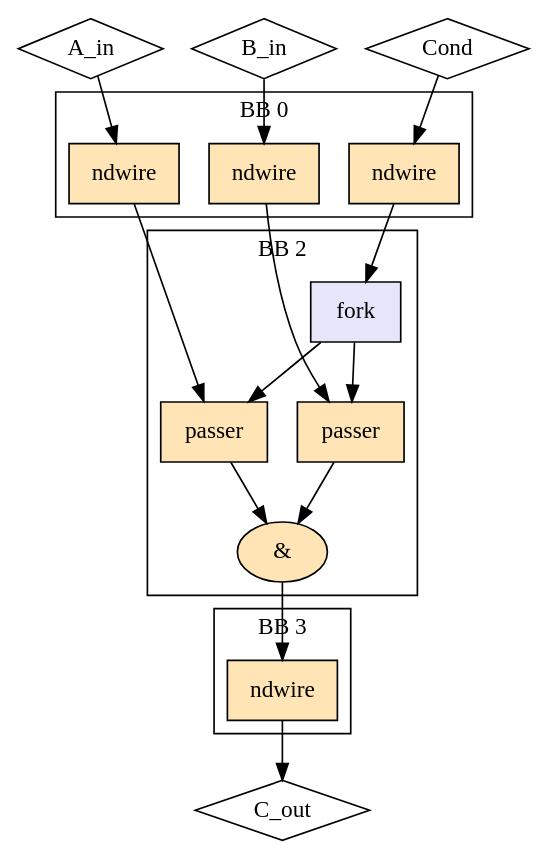
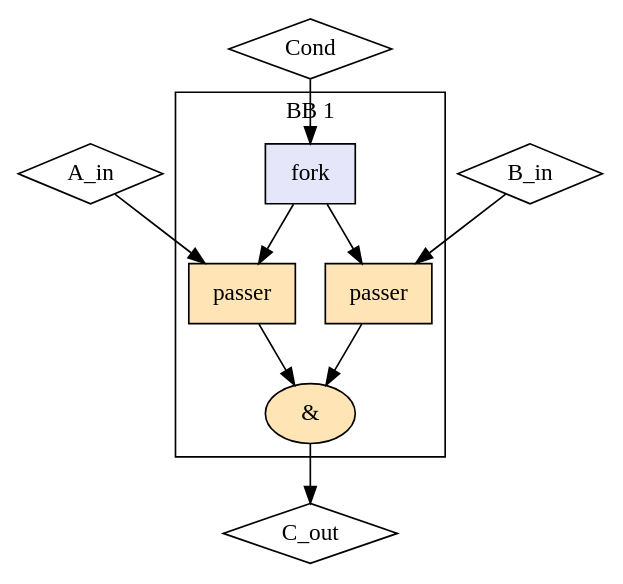
The diagram in experimental/tools/elastic-miter/out/sup_and/lhs_reachability/model.dot (EPFL-LAP/dynamatic), drawn with Graphviz before and after one commit. The commit also changed 932 other files, not shown here.

```diff
--- a/experimental/tools/elastic-miter/out/sup_and/lhs_reachability/model.dot
+++ b/experimental/tools/elastic-miter/out/sup_and/lhs_reachability/model.dot
@@ -1,37 +1,23 @@
 Digraph G {
   splines=spline
   compound=true
   "A_in" ["style"="solid", "shape"="diamond", "label"="A_in", "mlir_op"="handshake.func"]
   "B_in" ["style"="solid", "shape"="diamond", "label"="B_in", "mlir_op"="handshake.func"]
   "Cond" ["style"="solid", "shape"="diamond", "label"="Cond", "mlir_op"="handshake.func"]
   "C_out" ["style"="solid", "shape"="diamond", "label"="C_out", "mlir_op"="handshake.func"]
-  "A_in" -> "ndw_in_A_in" ["dir"="both", "style"="solid", "arrowhead"="normal", "from_idx"="0", "to"="ins", "arrowtail"="none", "from"="A_in", "to_idx"="0"]
-  "B_in" -> "ndw_in_B_in" ["dir"="both", "style"="solid", "arrowhead"="normal", "from_idx"="1", "to"="ins", "arrowtail"="none", "from"="B_in", "to_idx"="0"]
-  "Cond" -> "ndw_in_Cond" ["dir"="both", "style"="solid", "arrowhead"="normal", "from_idx"="2", "to"="ins", "arrowtail"="none", "from"="Cond", "to_idx"="0"]
-  "ndw_in_A_in" -> "passer1" ["dir"="both", "style"="solid", "arrowhead"="normal", "from_idx"="0", "to"="data", "arrowtail"="none", "from"="outs", "to_idx"="0"]
-  "ndw_in_B_in" -> "passer2" ["dir"="both", "style"="solid", "arrowhead"="normal", "from_idx"="0", "to"="data", "arrowtail"="none", "from"="outs", "to_idx"="0"]
-  "ndw_in_Cond" -> "fork_cond" ["dir"="both", "style"="solid", "arrowhead"="normal", "from_idx"="0", "to"="ins", "arrowtail"="none", "from"="outs", "to_idx"="0"]
-  "ndw_out_C_out" -> "C_out" ["dir"="both", "style"="solid", "arrowhead"="normal", "from_idx"="0", "to"="C_out", "arrowtail"="none", "from"="outs", "to_idx"="0"]
-  "andi" -> "ndw_out_C_out" ["dir"="both", "style"="solid", "arrowhead"="normal", "from_idx"="0", "to"="ins", "arrowtail"="none", "from"="result", "to_idx"="0"]
-  subgraph cluster0 {
-    graph ["label"="BB 0"]
-    "ndw_in_A_in" ["style"="filled", "fillcolor"="moccasin", "shape"="box", "label"="ndwire", "mlir_op"="handshake.ndwire"]
-    "ndw_in_B_in" ["style"="filled", "fillcolor"="moccasin", "shape"="box", "label"="ndwire", "mlir_op"="handshake.ndwire"]
-    "ndw_in_Cond" ["style"="filled", "fillcolor"="moccasin", "shape"="box", "label"="ndwire", "mlir_op"="handshake.ndwire"]
-  }
-  subgraph cluster3 {
-    graph ["label"="BB 3"]
-    "ndw_out_C_out" ["style"="filled", "fillcolor"="moccasin", "shape"="box", "label"="ndwire", "mlir_op"="handshake.ndwire"]
-  }
-  subgraph cluster2 {
-    graph ["label"="BB 2"]
+  "A_in" -> "passer1" ["dir"="both", "style"="solid", "arrowhead"="normal", "from_idx"="0", "to"="data", "arrowtail"="none", "from"="A_in", "to_idx"="0"]
+  "B_in" -> "passer2" ["dir"="both", "style"="solid", "arrowhead"="normal", "from_idx"="1", "to"="data", "arrowtail"="none", "from"="B_in", "to_idx"="0"]
+  "Cond" -> "fork_cond" ["dir"="both", "style"="solid", "arrowhead"="normal", "from_idx"="2", "to"="ins", "arrowtail"="none", "from"="Cond", "to_idx"="0"]
+  "andi" -> "C_out" ["dir"="both", "style"="solid", "arrowhead"="normal", "from_idx"="0", "to"="C_out", "arrowtail"="none", "from"="result", "to_idx"="0"]
+  subgraph cluster1 {
+    graph ["label"="BB 1"]
     "fork_cond" ["style"="filled", "fillcolor"="lavender", "shape"="box", "label"="fork", "mlir_op"="handshake.fork"]
     "passer1" ["style"="filled", "fillcolor"="moccasin", "shape"="box", "label"="passer", "mlir_op"="handshake.passer"]
     "passer2" ["style"="filled", "fillcolor"="moccasin", "shape"="box", "label"="passer", "mlir_op"="handshake.passer"]
     "andi" ["style"="filled", "fillcolor"="moccasin", "shape"="oval", "label"="&", "mlir_op"="handshake.andi"]
     "fork_cond" -> "passer1" ["dir"="both", "style"="solid", "arrowhead"="normal", "from_idx"="0", "to"="ctrl", "arrowtail"="none", "from"="outs_0", "to_idx"="1"]
     "fork_cond" -> "passer2" ["dir"="both", "style"="solid", "arrowhead"="normal", "from_idx"="1", "to"="ctrl", "arrowtail"="none", "from"="outs_1", "to_idx"="1"]
     "passer1" -> "andi" ["dir"="both", "style"="solid", "arrowhead"="normal", "from_idx"="0", "to"="lhs", "arrowtail"="none", "from"="result", "to_idx"="0"]
     "passer2" -> "andi" ["dir"="both", "style"="solid", "arrowhead"="normal", "from_idx"="0", "to"="rhs", "arrowtail"="none", "from"="result", "to_idx"="1"]
   }
 }
```
